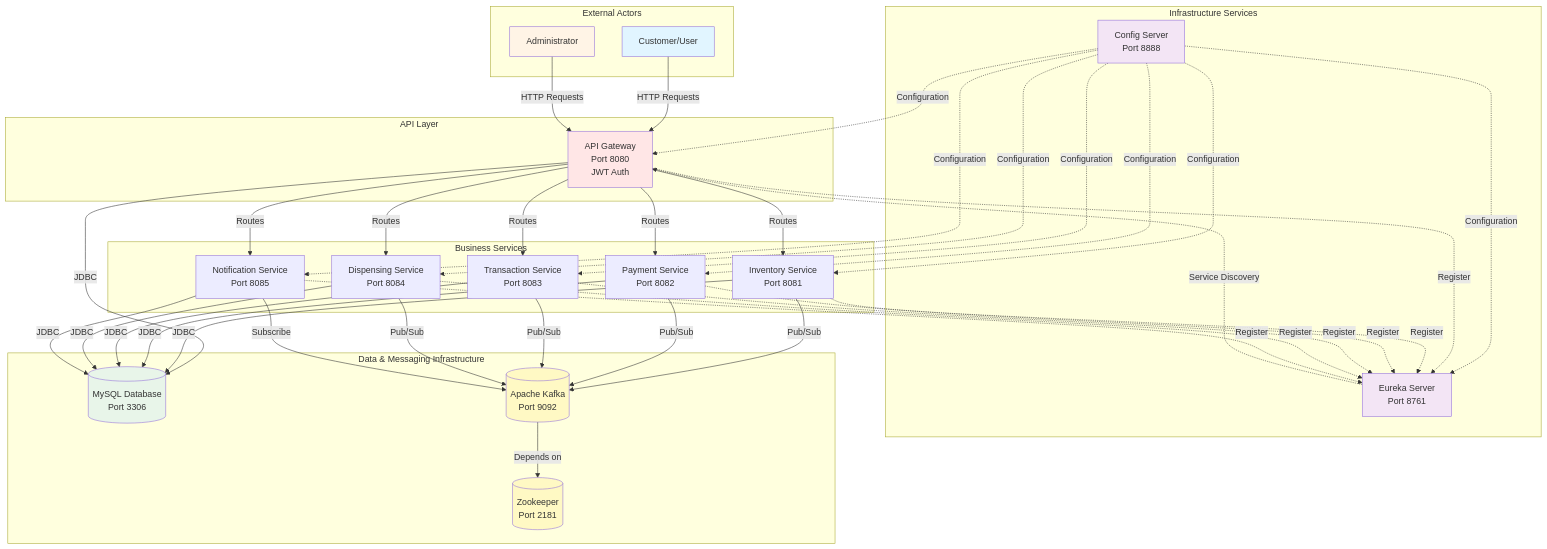
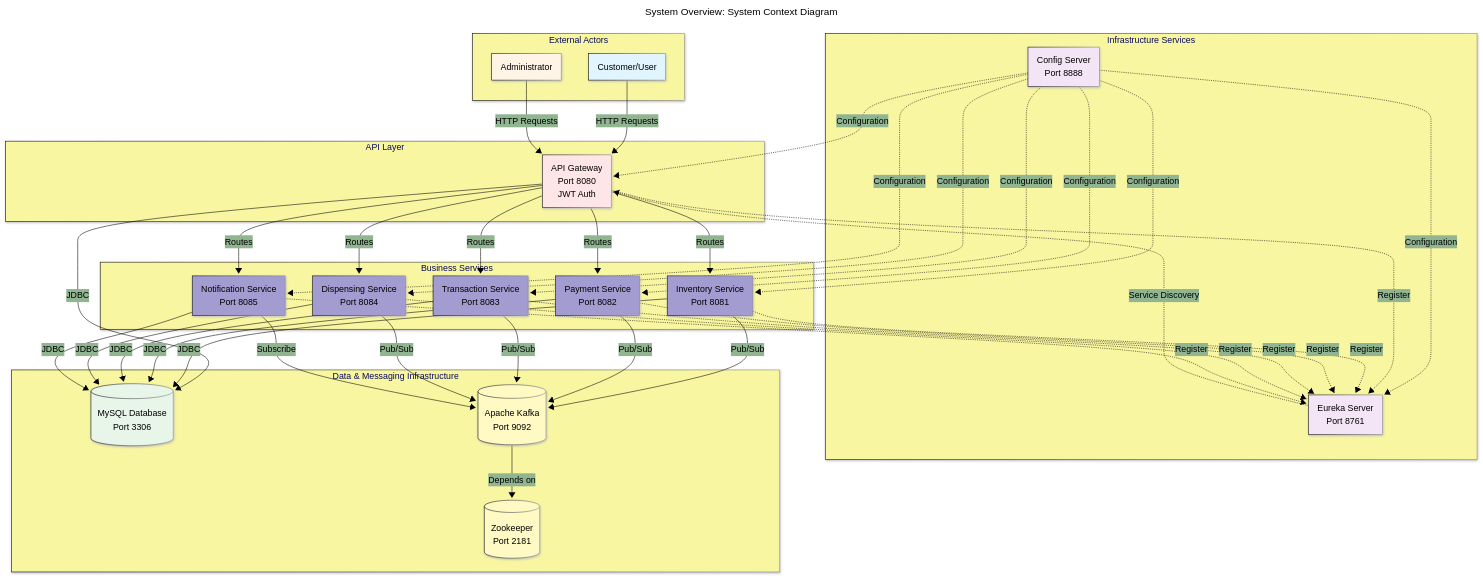
The first of 8 diagrams in Documentation/diagrams/system-overview.md (BrunoGil-AS/Vending-Machine-Microservices), drawn with Mermaid before and after one commit. The commit also changed other lines of this file and 7 other files, not shown here.

Commit message:
docs: Update service diagrams with new configurations and titles

````diff
--- a/Documentation/diagrams/system-overview.md
+++ b/Documentation/diagrams/system-overview.md
@@ -17,4 +17,18 @@
 ```mermaid
+---
+config:
+  theme: base
+  themeVariables:
+    primaryColor: '#a39cd1ff'
+    primaryTextColor: '#000000'
+    secondaryTextColor: '#ffffffff'
+    primaryBorderColor: '#000000'
+    lineColor: '#000000ff'
+    secondaryColor: '#90b590ff'
+    tertiaryColor: '#f9f6a1ff'
+  look: neo
+title: 'System Overview: System Context Diagram'
+---
 graph TB
     subgraph "External Actors"
         CUSTOMER[Customer/User]
````
